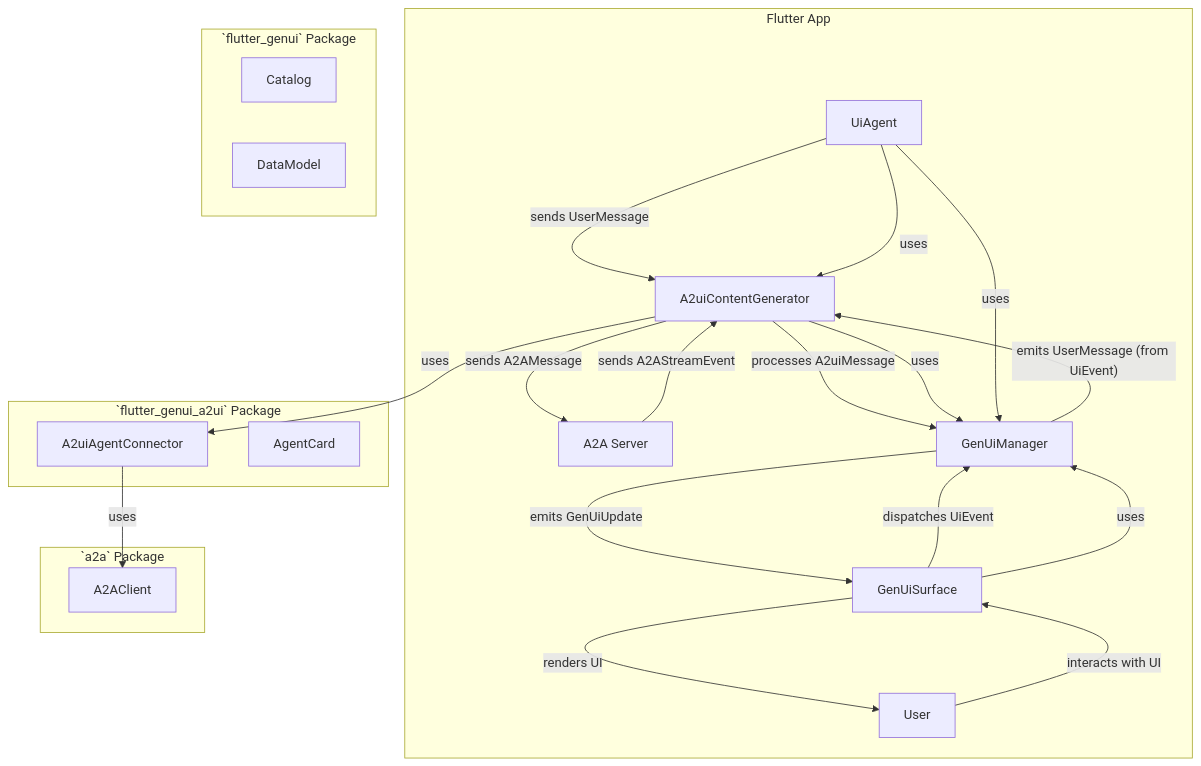
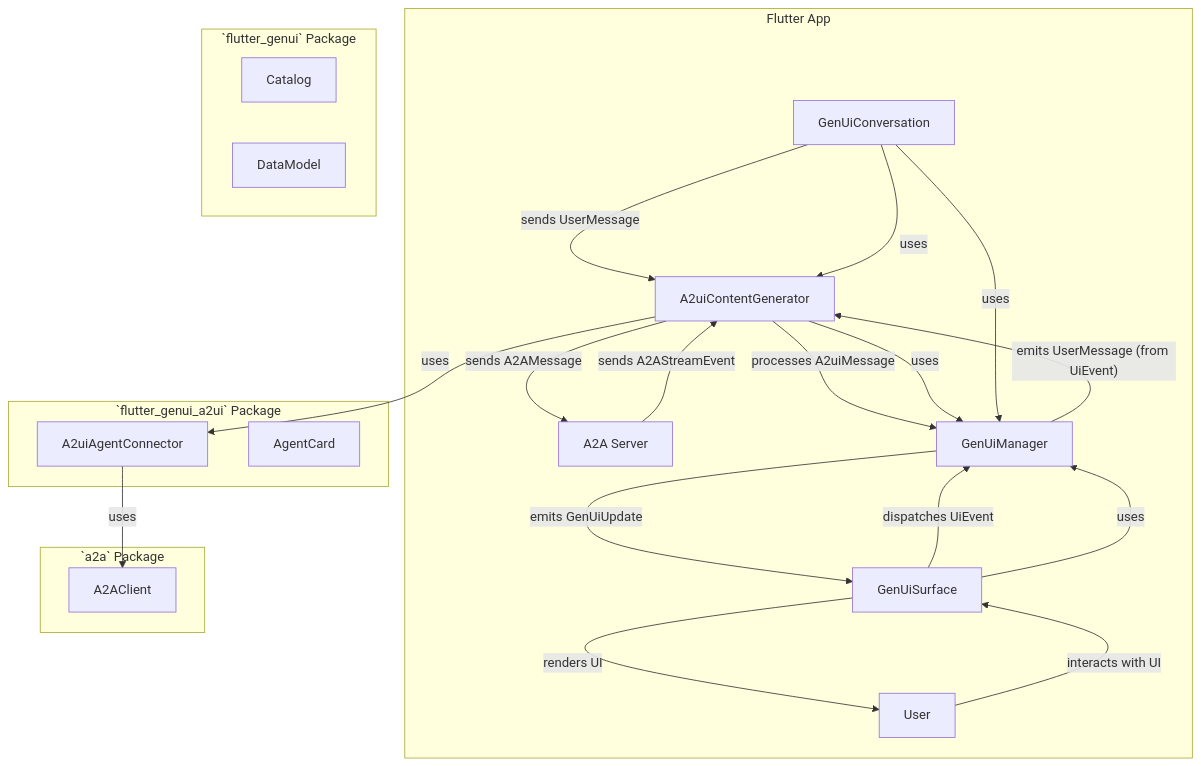
The diagram in packages/flutter_genui_a2ui/DESIGN.md (flutter/genui), drawn with Mermaid before and after one commit. The commit also changed other lines of this file and 3 other files, not shown here.

````diff
--- a/packages/flutter_genui_a2ui/DESIGN.md
+++ b/packages/flutter_genui_a2ui/DESIGN.md
@@ -76,39 +76,39 @@
 ```mermaid
 graph TD
     subgraph Flutter App
-        UiAgent -- "sends UserMessage" --> A2uiContentGenerator
+        GenUiConversation -- "sends UserMessage" --> A2uiContentGenerator
         A2uiContentGenerator -- "sends A2AMessage" --> A2A_Server["A2A Server"]
         A2A_Server -- "sends A2AStreamEvent" --> A2uiContentGenerator
         A2uiContentGenerator -- "processes A2uiMessage" --> GenUiManager
         GenUiManager -- "emits GenUiUpdate" --> GenUiSurface
         GenUiSurface -- "renders UI" --> User
         User -- "interacts with UI" --> GenUiSurface
         GenUiSurface -- "dispatches UiEvent" --> GenUiManager
         GenUiManager -- "emits UserMessage (from UiEvent)" --> A2uiContentGenerator
     end
 
     subgraph `flutter_genui_a2ui` Package
         A2uiContentGenerator
         A2uiAgentConnector
         AgentCard
     end
 
     subgraph `flutter_genui` Package
-        UiAgent
+        GenUiConversation
         GenUiManager
         GenUiSurface
         Catalog
         DataModel
     end
 
     subgraph `a2a` Package
         A2AClient
     end
 
     A2uiContentGenerator -- uses --> A2uiAgentConnector
     A2uiAgentConnector -- uses --> A2AClient
     A2uiContentGenerator -- uses --> GenUiManager
-    UiAgent -- uses --> A2uiContentGenerator
-    UiAgent -- uses --> GenUiManager
+    GenUiConversation -- uses --> A2uiContentGenerator
+    GenUiConversation -- uses --> GenUiManager
     GenUiSurface -- uses --> GenUiManager
 ```
````
